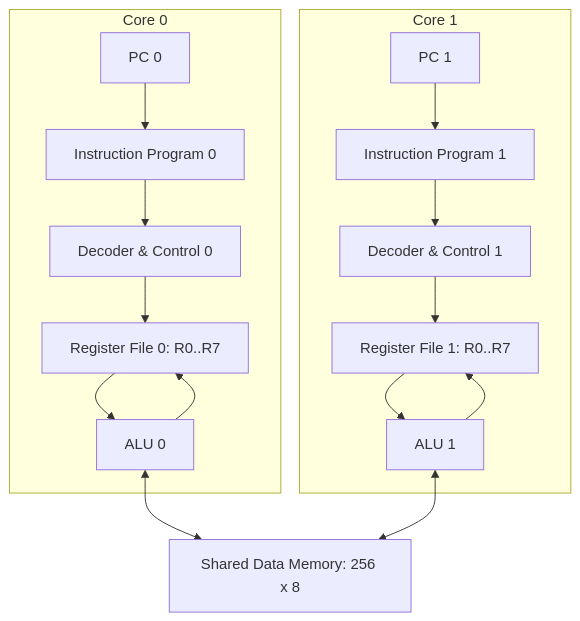
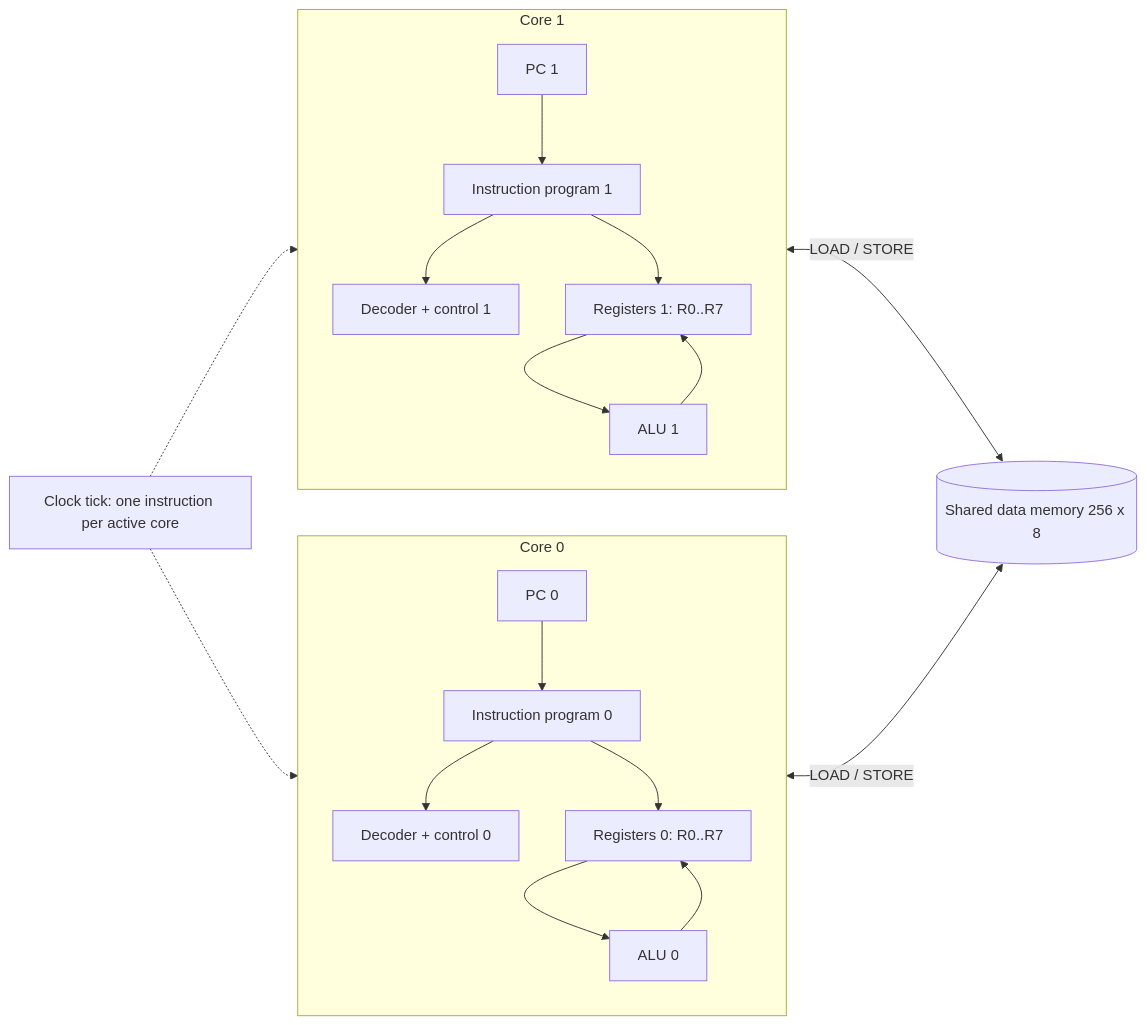
The first of 2 diagrams in docs/ARCHITECTURE.md (Reemb-prog/CCEE324-Project), drawn with Mermaid before and after one commit. The commit also changed other lines of this file and 16 other files, not shown here.

````diff
--- a/docs/ARCHITECTURE.md
+++ b/docs/ARCHITECTURE.md
@@ -3,19 +5,23 @@
 ```mermaid
-flowchart TB
+flowchart LR
  subgraph C0[Core 0]
-  PC0[PC 0] --> IM0[Instruction Program 0]
-  IM0 --> DEC0[Decoder & Control 0]
-  DEC0 --> RF0[Register File 0: R0..R7]
+  direction TB
+  PC0[PC 0] --> IM0[Instruction program 0]
+  IM0 --> CU0[Decoder + control 0]
+  IM0 --> RF0[Registers 0: R0..R7]
   RF0 --> ALU0[ALU 0]
   ALU0 --> RF0
  end
  subgraph C1[Core 1]
-  PC1[PC 1] --> IM1[Instruction Program 1]
-  IM1 --> DEC1[Decoder & Control 1]
-  DEC1 --> RF1[Register File 1: R0..R7]
+  direction TB
+  PC1[PC 1] --> IM1[Instruction program 1]
+  IM1 --> CU1[Decoder + control 1]
+  IM1 --> RF1[Registers 1: R0..R7]
   RF1 --> ALU1[ALU 1]
   ALU1 --> RF1
  end
- ALU0 <--> SM[Shared Data Memory: 256 x 8]
- ALU1 <--> SM
+ ALU0 <-->|LOAD / STORE| SM[(Shared data memory 256 x 8)]
+ ALU1 <-->|LOAD / STORE| SM
+ CLK[Clock tick: one instruction per active core] -.-> C0
+ CLK -.-> C1
 ```
````
